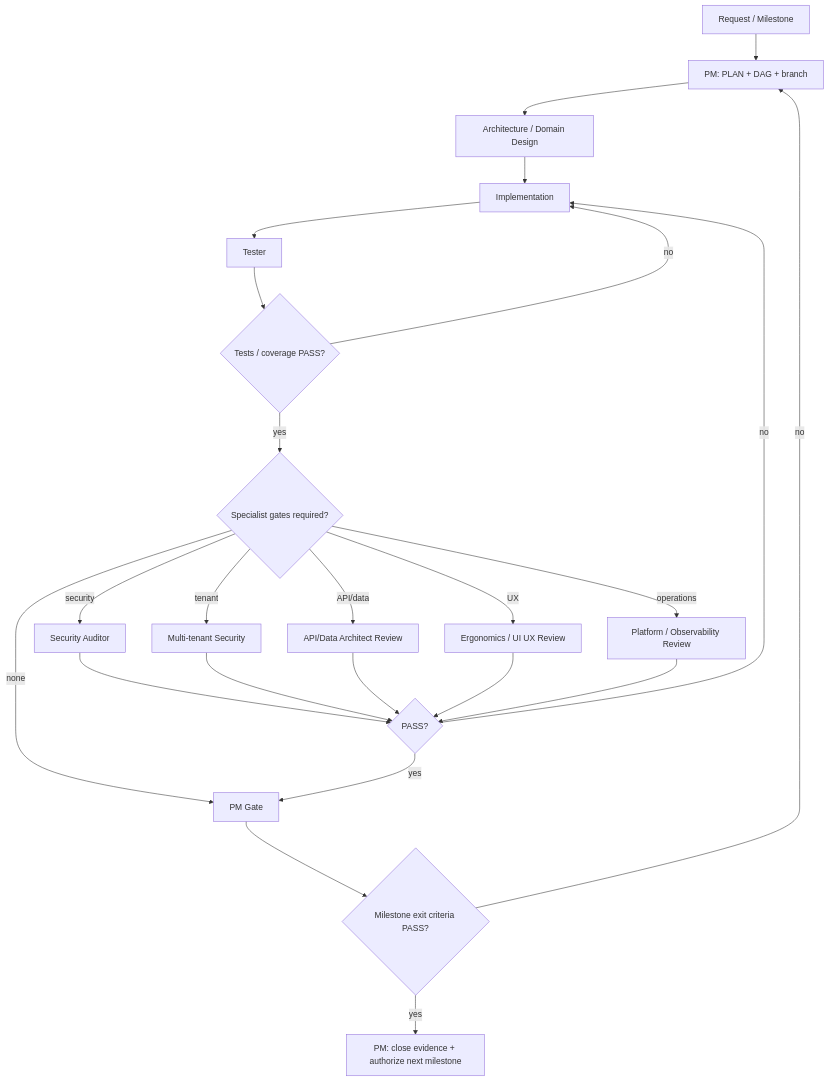
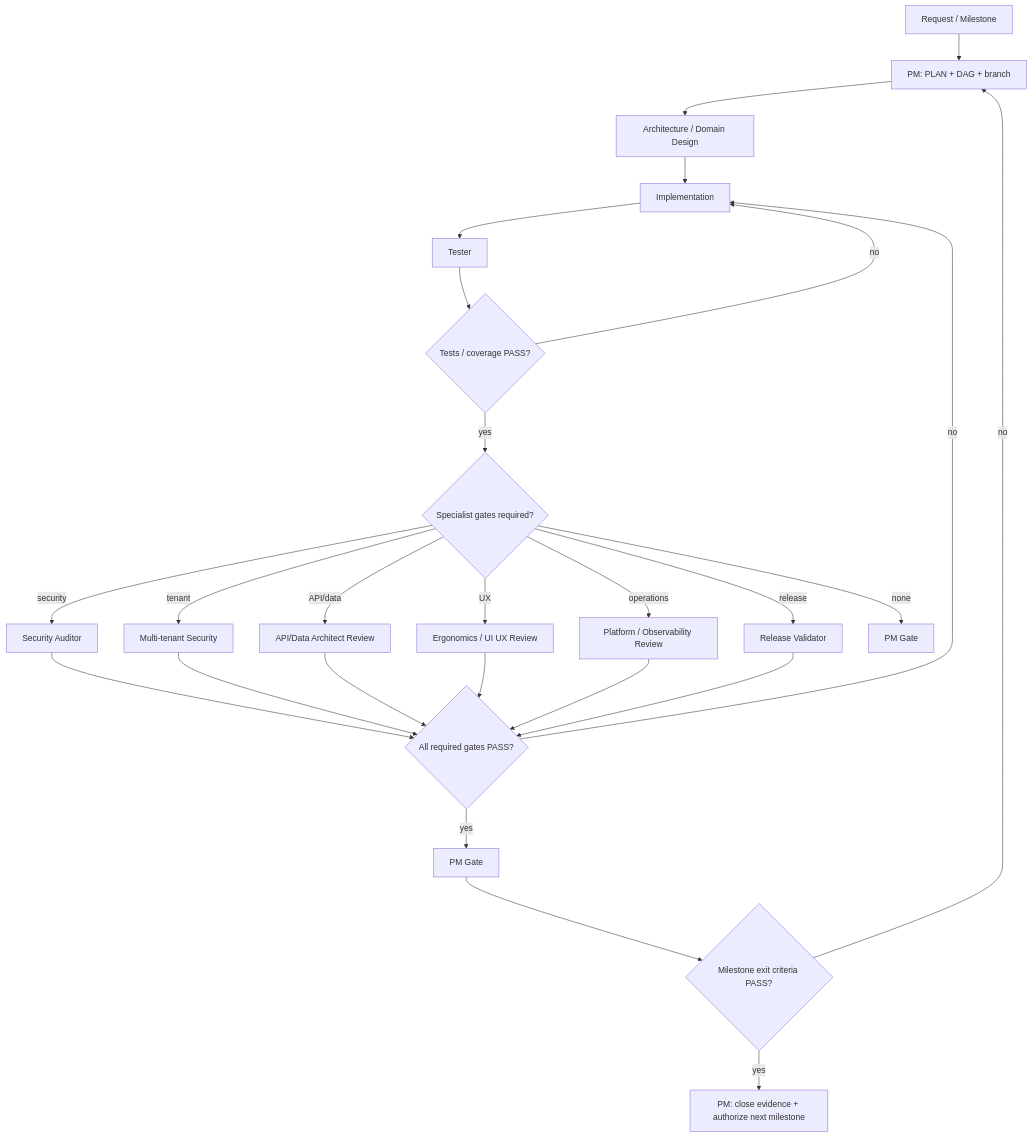
The diagram in .github/skills/agentic-workflow/SKILL.md (pdelebarre/halcova), drawn with Mermaid before and after one commit. The commit also changed other lines of this file, not shown here.

````diff
--- a/.github/skills/agentic-workflow/SKILL.md
+++ b/.github/skills/agentic-workflow/SKILL.md
@@ -57,26 +114,28 @@
 ```mermaid
 graph TD
   A[Request / Milestone] --> B[PM: PLAN + DAG + branch]
   B --> C[Architecture / Domain Design]
   C --> D[Implementation]
   D --> E[Tester]
   E --> F{Tests / coverage PASS?}
   F -- no --> D
   F -- yes --> G{Specialist gates required?}
   G -- security --> H[Security Auditor]
   G -- tenant --> I[Multi-tenant Security]
   G -- API/data --> J[API/Data Architect Review]
   G -- UX --> K[Ergonomics / UI UX Review]
   G -- operations --> L[Platform / Observability Review]
-  G -- none --> M[PM Gate]
-  H --> N{PASS?}
-  I --> N
-  J --> N
-  K --> N
-  L --> N
-  N -- no --> D
-  N -- yes --> M
-  M --> O{Milestone exit criteria PASS?}
-  O -- no --> B
-  O -- yes --> P[PM: close evidence + authorize next milestone]
+  G -- release --> M[Release Validator]
+  G -- none --> N[PM Gate]
+  H --> O{All required gates PASS?}
+  I --> O
+  J --> O
+  K --> O
+  L --> O
+  M --> O
+  O -- no --> D
+  O -- yes --> P[PM Gate]
+  P --> Q{Milestone exit criteria PASS?}
+  Q -- no --> B
+  Q -- yes --> R[PM: close evidence + authorize next milestone]
 ```
````
